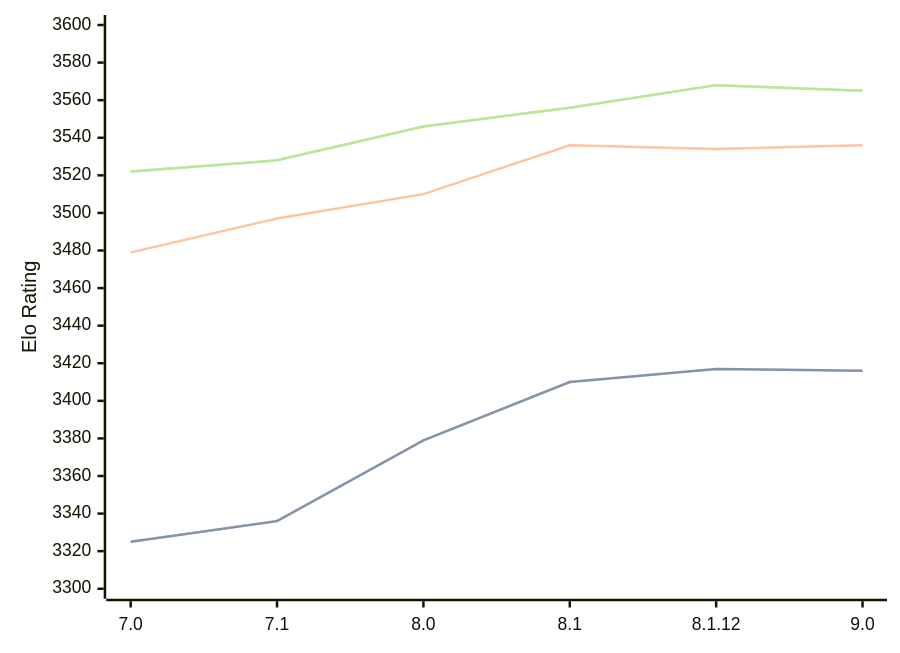
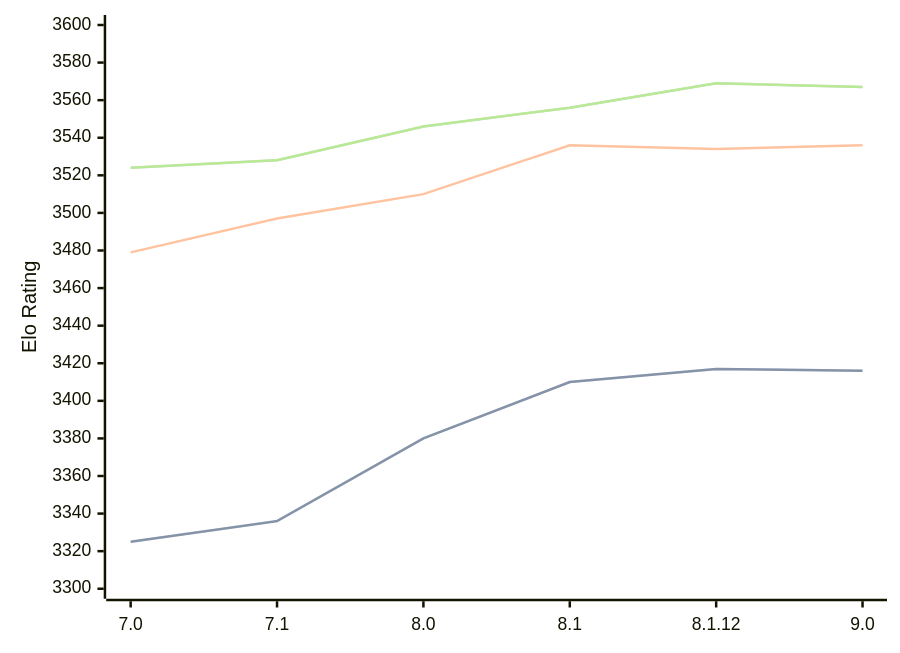
Before and after one commit to computer-chess-index/cci: the diagram in engines/Alexandria.md, drawn with Mermaid. The commit also changed other lines of this file, not shown here.

Commit message:
Update CCI Ratings (ELO VLTC) - 2026-07-30

````diff
--- a/engines/Alexandria.md
+++ b/engines/Alexandria.md
@@ -55,11 +55,11 @@
 ```mermaid
 %%{init: {"theme":"base","themeVariables":{"seriesColors:['#a3a3a3','#222221','#faa371']}}}%%
 xychart-beta
   x-axis ["7.0", "7.1", "8.0", "8.1", "8.1.12", "9.0"]
   y-axis "Elo Rating" 3300 --> 3600
-  line "STC (8.0+0.08s)" [3325, 3336, 3379, 3410, 3417, 3416]
-  line "STC (8.0+0.08s)" [3325, 3336, 3379, 3410, 3417, 3416]
+  line "STC (8.0+0.08s)" [3325, 3336, 3380, 3410, 3417, 3416]
+  line "STC (8.0+0.08s)" [3325, 3336, 3380, 3410, 3417, 3416]
   line "LTC (60.0+0.60s)" [3479, 3497, 3510, 3536, 3534, 3536]
-  line "VLTC (2m24s+1.12s)" [3522, 3528, 3546, 3556, 3568, 3565]
-  line "VLTC (2m24s+1.12s)" [3522, 3528, 3546, 3556, 3568, 3565]
+  line "VLTC (2m24s+1.12s)" [3524, 3528, 3546, 3556, 3569, 3567]
+  line "VLTC (2m24s+1.12s)" [3524, 3528, 3546, 3556, 3569, 3567]
 ```
````
